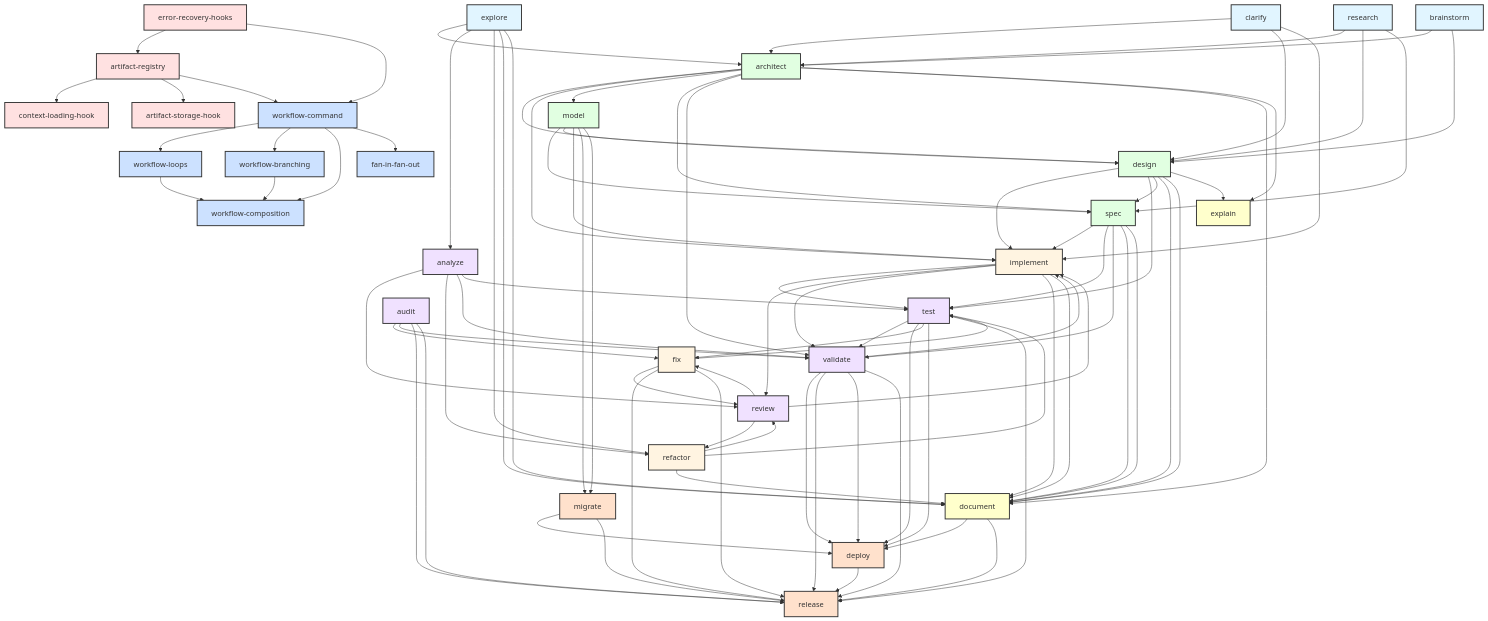
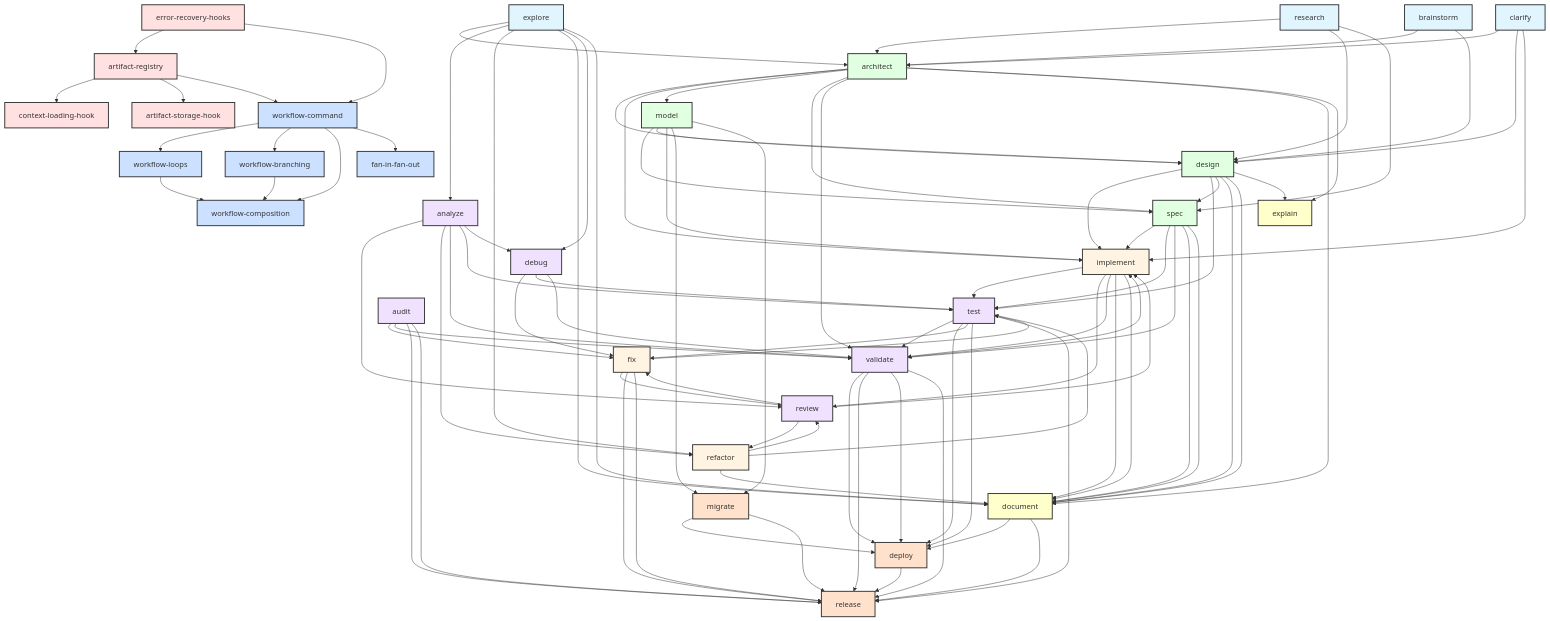
The first of 3 diagrams in docs/architecture/command-dependency-graph.md (BenjaminRose805/dev_workflow), drawn with Mermaid before and after one commit. The commit also changed other lines of this file and 49 other files, not shown here.

```diff
--- a/docs/architecture/command-dependency-graph.md
+++ b/docs/architecture/command-dependency-graph.md
@@ -882,6 +900,7 @@
     review[review]
     analyze[analyze]
     audit[audit]
+    debug[debug]
 
     %% Documentation
     document[document]
@@ -966,6 +985,13 @@
     audit --> validate
     audit --> release
 
+    %% Debug dependencies
+    explore --> debug
+    analyze --> debug
+    debug --> fix
+    debug --> test
+    debug --> validate
+
     %% Improvement Cycle
     fix --> test
     fix --> review
@@ -1032,7 +1058,7 @@
     class registry,errors,context,storage infrastructure
     class architect,design,spec,model design
     class implement,refactor,fix implementation
-    class test,validate,review,analyze,audit quality
+    class test,validate,review,analyze,audit,debug quality
     class document,explain docs
     class deploy,release,migrate deployment
     class workflow,loops,branches,compose,fanout workflow
```
